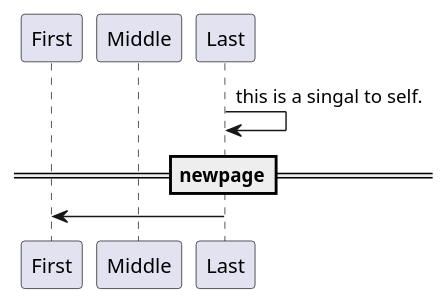
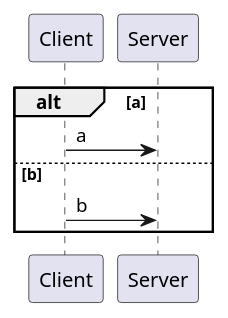
One commit to swiftdo/swiftdo.github.io changed the fourth of 9 diagrams in docs/tools/plantuml/README.md. Above: the diagram before and after it, drawn with PlantUML. The commit also changed other lines of this file, not shown here.

Commit message:
Feat: 时序图更新

```diff
--- a/docs/tools/plantuml/README.md
+++ b/docs/tools/plantuml/README.md
@@ -162,11 +232,12 @@
-@startuml
-participant Last order 30
-participant Middle order 20
-participant First order 10
+@startuml test4
 
-Last-> Last: this is a singal to self.
+participant c as "Client"
+participant s as "Server"
 
-==newpage==
+alt a 
+c -> s: a
+else b
+c -> s: b
+end 
 
-Last -> First 
 @enduml
```
